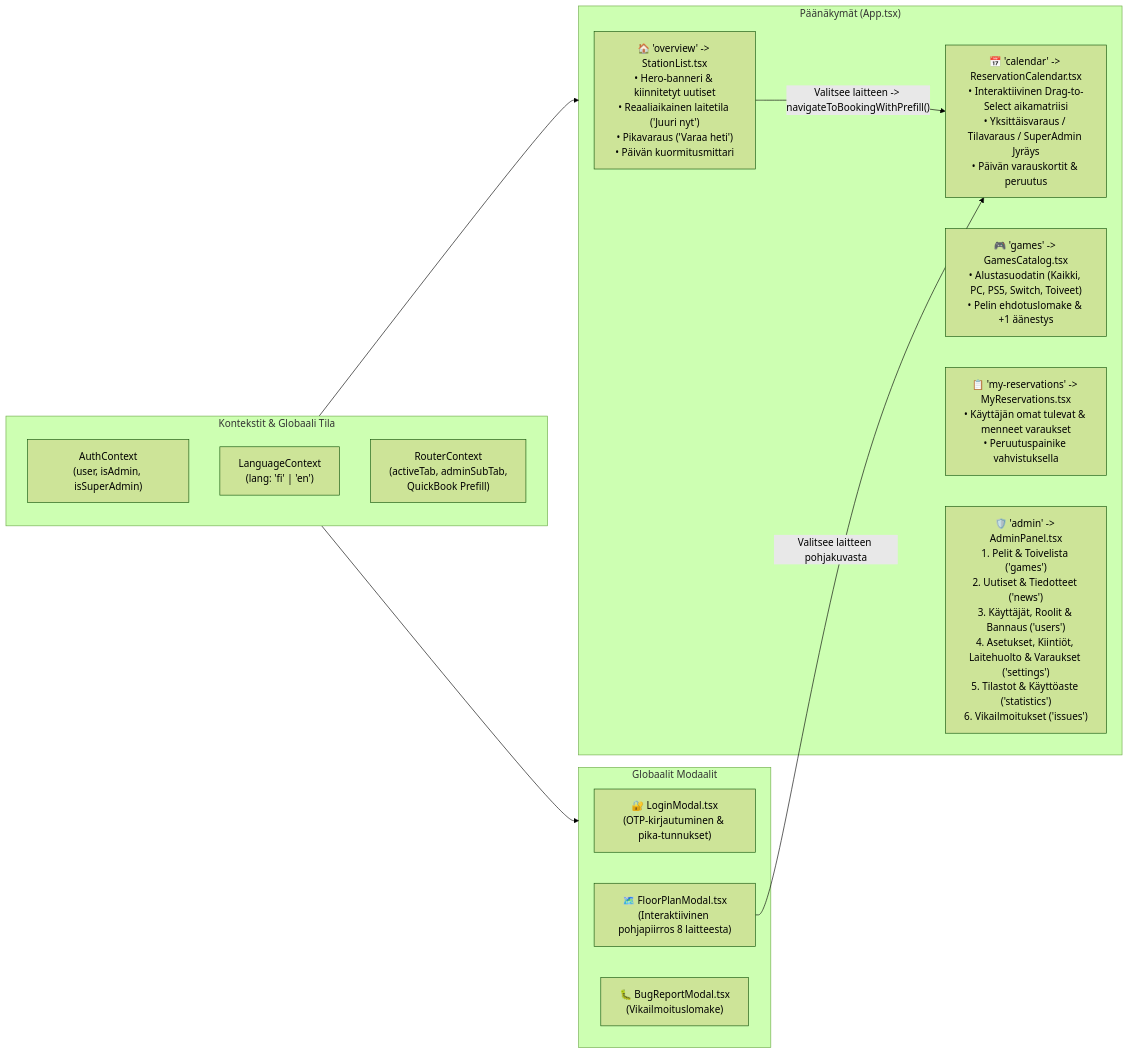
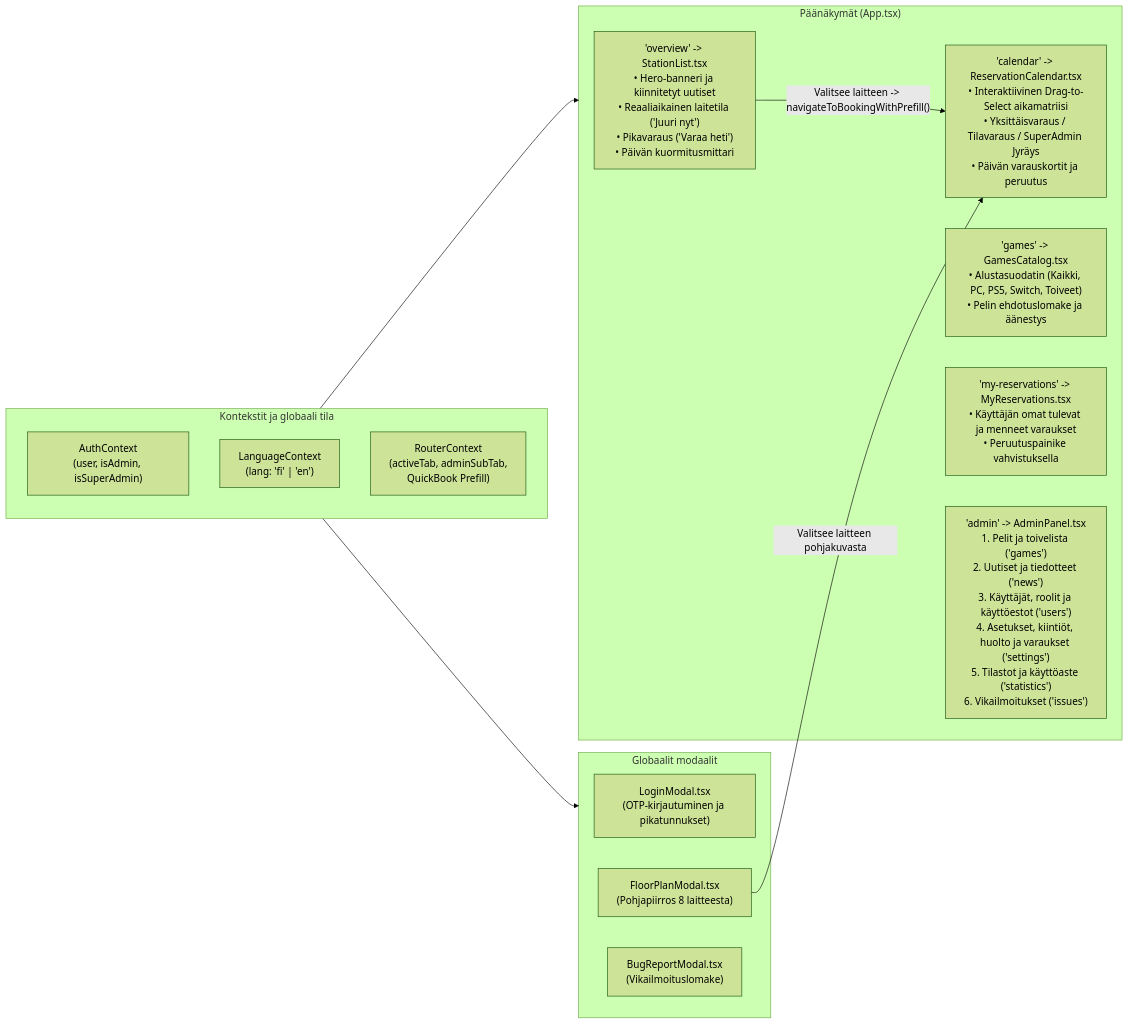
The sixth of 6 diagrams in Docs/FULLSTACK_SPECS_AND_MAP.md (Jone81/pelihuonevaraus), drawn with Mermaid (forest theme) before and after one commit. The commit also changed other lines of this file and 22 other files, not shown here.

````diff
--- a/Docs/FULLSTACK_SPECS_AND_MAP.md
+++ b/Docs/FULLSTACK_SPECS_AND_MAP.md
@@ -406,27 +406,27 @@
 ```mermaid
 flowchart LR
-    subgraph Providers ["Kontekstit & Globaali Tila"]
+    subgraph Providers ["Kontekstit ja globaali tila"]
         Auth["AuthContext\n(user, isAdmin, isSuperAdmin)"]
         Lang["LanguageContext\n(lang: 'fi' | 'en')"]
         Router["RouterContext\n(activeTab, adminSubTab,\nQuickBook Prefill)"]
     end
 
     subgraph Tabs ["Päänäkymät (App.tsx)"]
-        T1["🏠 'overview' -> StationList.tsx\n• Hero-banneri & kiinnitetyt uutiset\n• Reaaliaikainen laitetila ('Juuri nyt')\n• Pikavaraus ('Varaa heti')\n• Päivän kuormitusmittari"]
-        T2["📅 'calendar' -> ReservationCalendar.tsx\n• Interaktiivinen Drag-to-Select aikamatriisi\n• Yksittäisvaraus / Tilavaraus / SuperAdmin Jyräys\n• Päivän varauskortit & peruutus"]
-        T3["🎮 'games' -> GamesCatalog.tsx\n• Alustasuodatin (Kaikki, PC, PS5, Switch, Toiveet)\n• Pelin ehdotuslomake & +1 äänestys"]
-        T4["📋 'my-reservations' -> MyReservations.tsx\n• Käyttäjän omat tulevat & menneet varaukset\n• Peruutuspainike vahvistuksella"]
-        T5["🛡️ 'admin' -> AdminPanel.tsx\n1. Pelit & Toivelista ('games')\n2. Uutiset & Tiedotteet ('news')\n3. Käyttäjät, Roolit & Bannaus ('users')\n4. Asetukset, Kiintiöt, Laitehuolto & Varaukset ('settings')\n5. Tilastot & Käyttöaste ('statistics')\n6. Vikailmoitukset ('issues')"]
+        T1["'overview' -> StationList.tsx\n• Hero-banneri ja kiinnitetyt uutiset\n• Reaaliaikainen laitetila ('Juuri nyt')\n• Pikavaraus ('Varaa heti')\n• Päivän kuormitusmittari"]
+        T2["'calendar' -> ReservationCalendar.tsx\n• Interaktiivinen Drag-to-Select aikamatriisi\n• Yksittäisvaraus / Tilavaraus / SuperAdmin Jyräys\n• Päivän varauskortit ja peruutus"]
+        T3["'games' -> GamesCatalog.tsx\n• Alustasuodatin (Kaikki, PC, PS5, Switch, Toiveet)\n• Pelin ehdotuslomake ja äänestys"]
+        T4["'my-reservations' -> MyReservations.tsx\n• Käyttäjän omat tulevat ja menneet varaukset\n• Peruutuspainike vahvistuksella"]
+        T5["'admin' -> AdminPanel.tsx\n1. Pelit ja toivelista ('games')\n2. Uutiset ja tiedotteet ('news')\n3. Käyttäjät, roolit ja käyttöestot ('users')\n4. Asetukset, kiintiöt, huolto ja varaukset ('settings')\n5. Tilastot ja käyttöaste ('statistics')\n6. Vikailmoitukset ('issues')"]
     end
 
-    subgraph Modals ["Globaalit Modaalit"]
-        M1["🔐 LoginModal.tsx\n(OTP-kirjautuminen & pika-tunnukset)"]
-        M2["🗺️ FloorPlanModal.tsx\n(Interaktiivinen pohjapiirros 8 laitteesta)"]
-        M3["🐛 BugReportModal.tsx\n(Vikailmoituslomake)"]
+    subgraph Modals ["Globaalit modaalit"]
+        M1["LoginModal.tsx\n(OTP-kirjautuminen ja pikatunnukset)"]
+        M2["FloorPlanModal.tsx\n(Pohjapiirros 8 laitteesta)"]
+        M3["BugReportModal.tsx\n(Vikailmoituslomake)"]
     end
 
     Providers --> Tabs
     Providers --> Modals
     T1 -- "Valitsee laitteen -> navigateToBookingWithPrefill()" --> T2
     M2 -- "Valitsee laitteen pohjakuvasta" --> T2
 ```
````
